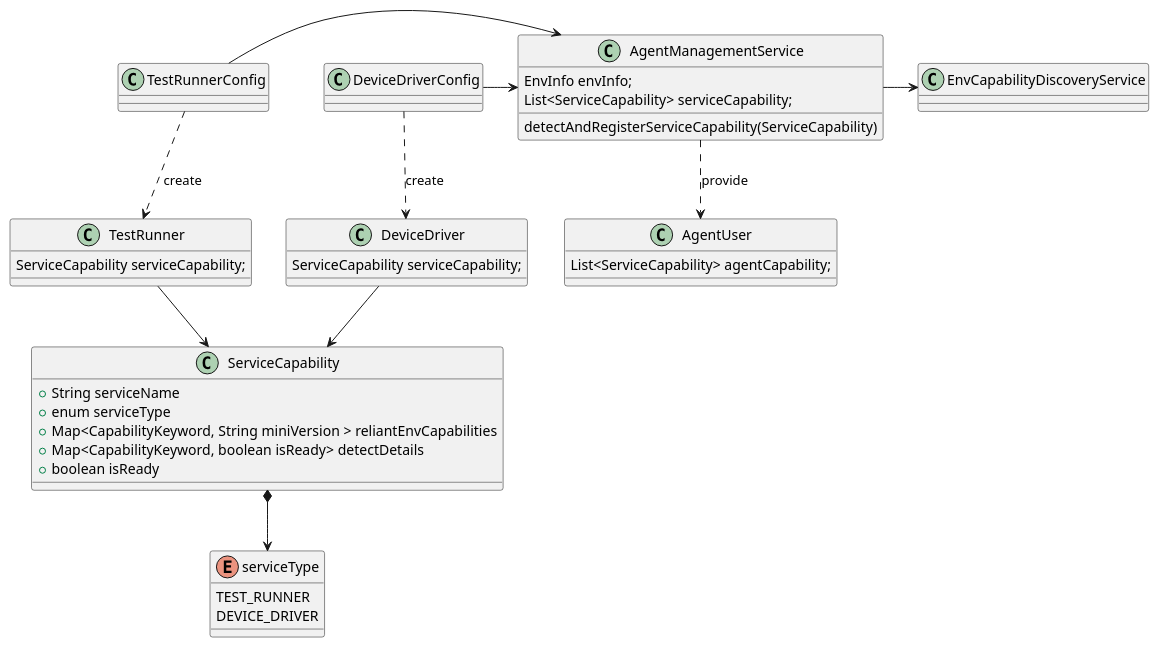
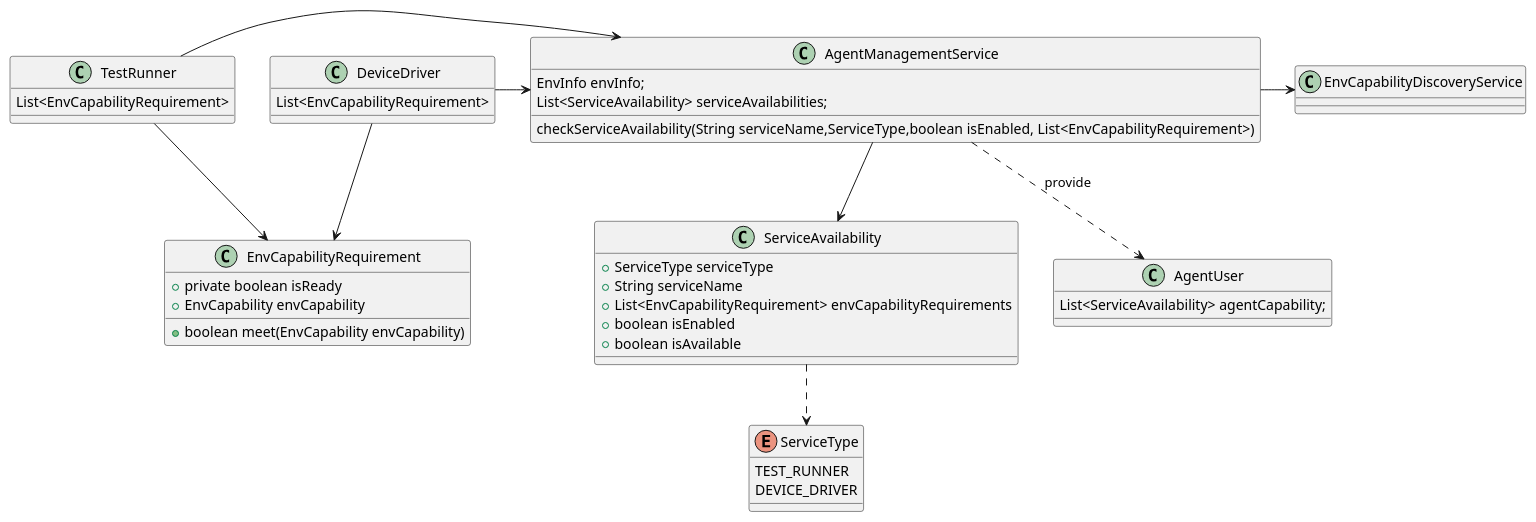
The third of 4 diagrams in agent/doc/UML/agent_device_management_design.puml (microsoft/HydraLab), drawn with PlantUML before and after one commit. The commit also changed other lines of this file and 2 other files, not shown here.

Commit message:
update uml design

```diff
--- a/agent/doc/UML/agent_device_management_design.puml
+++ b/agent/doc/UML/agent_device_management_design.puml
@@ -159,40 +159,43 @@
 @startuml agent_capability_design
 
 class AgentManagementService {
     EnvInfo envInfo;
-    List<ServiceCapability> serviceCapability;
-    detectAndRegisterServiceCapability(ServiceCapability)
+    List<ServiceAvailability> serviceAvailabilities;
+    checkServiceAvailability(String serviceName,ServiceType,boolean isEnabled, List<EnvCapabilityRequirement>)
 }
 AgentManagementService -r-> EnvCapabilityDiscoveryService
-class TestRunnerConfig
 class TestRunner{
-    ServiceCapability serviceCapability;
+    List<EnvCapabilityRequirement>
 }
-class DeviceDriverConfig
 class DeviceDriver{
-    ServiceCapability serviceCapability;
+    List<EnvCapabilityRequirement>
 }
-TestRunnerConfig ..> TestRunner : create
-TestRunnerConfig -r-> AgentManagementService
-DeviceDriverConfig ..> DeviceDriver : create
-DeviceDriverConfig -r-> AgentManagementService
-TestRunner --> ServiceCapability
-DeviceDriver --> ServiceCapability
 
-class ServiceCapability{
-    +String serviceName
-    +enum serviceType
-    +Map<CapabilityKeyword, String miniVersion > reliantEnvCapabilities
-    +Map<CapabilityKeyword, boolean isReady> detectDetails
-    +boolean isReady
+TestRunner -r-> AgentManagementService
+DeviceDriver -r-> AgentManagementService
+TestRunner --> EnvCapabilityRequirement
+DeviceDriver --> EnvCapabilityRequirement
+
+class EnvCapabilityRequirement{
+    +private boolean isReady
+    +EnvCapability envCapability
+    +boolean meet(EnvCapability envCapability)
 }
-ServiceCapability *--> serviceType
-enum serviceType{
+enum ServiceType{
     TEST_RUNNER
     DEVICE_DRIVER
 }
+class ServiceAvailability{
+    +ServiceType serviceType
+    +String serviceName
+    +List<EnvCapabilityRequirement> envCapabilityRequirements
+    +boolean isEnabled
+    +boolean isAvailable
+}
+AgentManagementService -->ServiceAvailability
+ServiceAvailability ..> ServiceType
 class AgentUser{
-    List<ServiceCapability> agentCapability;
+    List<ServiceAvailability> agentCapability;
 }
 AgentManagementService ..> AgentUser : provide
 @enduml
```
